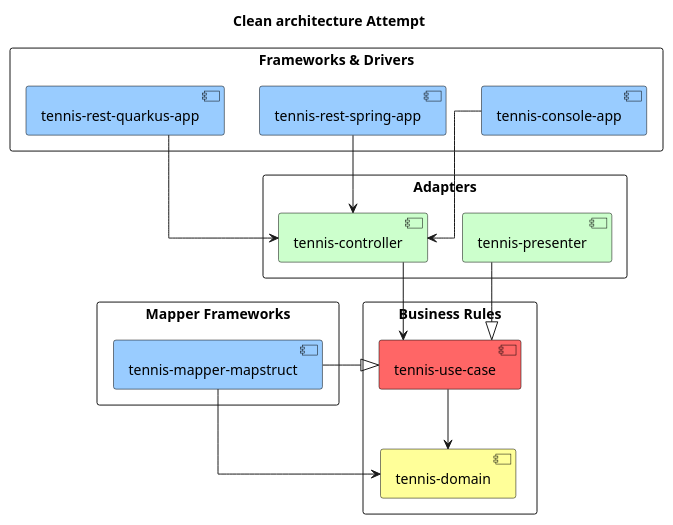
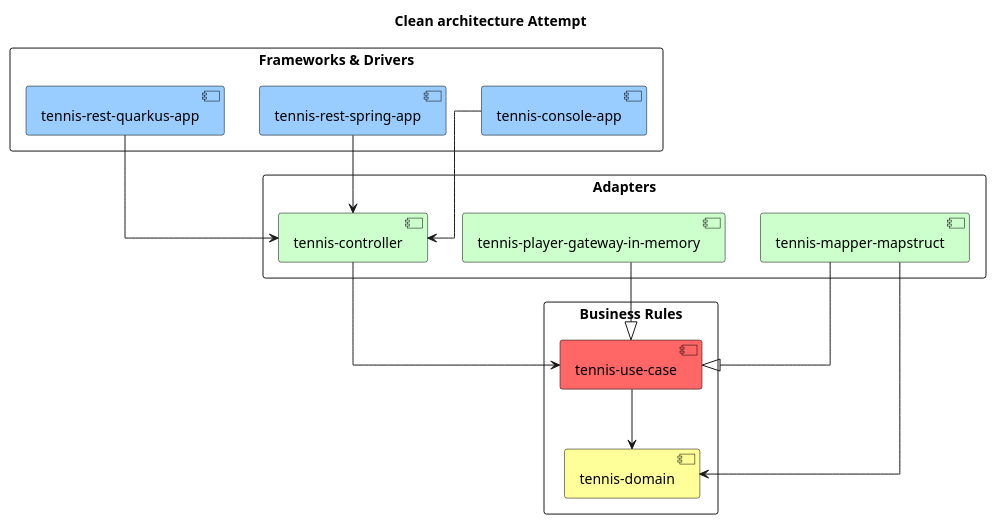
The diagram in CleanArchitectureAttempt.puml (Sims07/simulateur-match-tennis), drawn with PlantUML before and after one commit. The commit also changed 19 other files, not shown here.

```diff
--- a/CleanArchitectureAttempt.puml
+++ b/CleanArchitectureAttempt.puml
@@ -1,39 +1,37 @@
 @startuml
 skinparam linetype ortho
 skinparam component {
     BorderColor #000000
 }
 title Clean architecture Attempt
 
 rectangle "Business Rules" {
 [tennis-use-case] as uc #ff6666
 [tennis-domain] as domain #ffff99
 }
 
 rectangle "Frameworks & Drivers" {
 [tennis-console-app] as consoleApp #99ccff
 [tennis-rest-spring-app] as restSpringApp #99ccff
 [tennis-rest-quarkus-app] as restQuarkusApp #99ccff
 }
 
-rectangle "Mapper Frameworks" {
-[tennis-mapper-mapstruct] as mapper #99ccff
-}
-
 rectangle "Adapters" {
-[tennis-presenter] as presenter #ccffcc
 [tennis-controller] as controller #ccffcc
+[tennis-player-gateway-in-memory] as player_gateway #ccffcc
+[tennis-mapper-mapstruct] as mapper #ccffcc
 }
 
 consoleApp -D-> controller
 restQuarkusApp  -D-> controller
 restSpringApp -D-> controller
 
 controller -D-> uc
-presenter -D-|> uc
 
 uc -D-> domain
 mapper -R-|> uc
 mapper -R-> domain
 
+player_gateway  -R-|> uc
+
 @enduml
```
